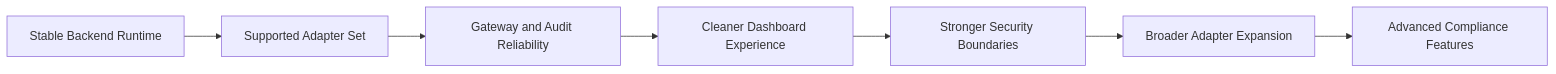
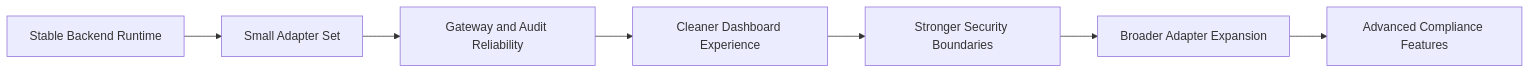
One commit to iceccarelli/neuralbridge changed the fourth of 4 diagrams in README.md. Above: the diagram before and after it, drawn with Mermaid. The commit also changed other lines of this file and 11 other files, not shown here.

````diff
--- a/README.md
+++ b/README.md
@@ -420,9 +424,9 @@
 ```mermaid
 flowchart LR
-    A[Stable Backend Runtime] --> B[Supported Adapter Set]
+    A[Stable Backend Runtime] --> B[Small Adapter Set]
     B --> C[Gateway and Audit Reliability]
     C --> D[Cleaner Dashboard Experience]
     D --> E[Stronger Security Boundaries]
     E --> F[Broader Adapter Expansion]
     F --> G[Advanced Compliance Features]
 ```
````
